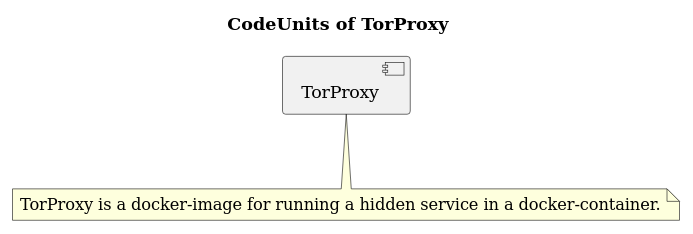
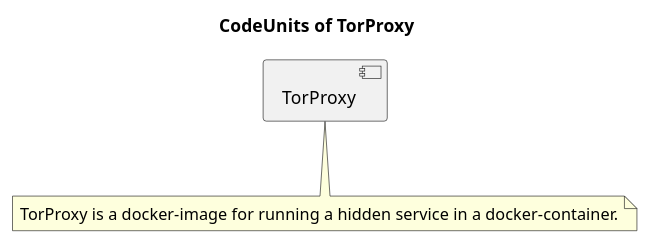
Before and after one commit to anionDevelopment/TorProxy: the diagram in Other/Reference/Technical/Diagrams/CodeUnits-Overview.plantuml, drawn with PlantUML. The commit also changed 27 other files, not shown here.

```diff
--- a/Other/Reference/Technical/Diagrams/CodeUnits-Overview.plantuml
+++ b/Other/Reference/Technical/Diagrams/CodeUnits-Overview.plantuml
@@ -1,12 +1,11 @@
 @startuml CodeUnits-Overview
-skinparam defaultFontName "DejaVu Sans"
 title CodeUnits of TorProxy
 
 [TorProxy]
 note as TorProxyNote
   TorProxy is a docker-image for running a hidden service in a docker-container.
 end note
 TorProxy .. TorProxyNote
 
 
 @enduml
```
